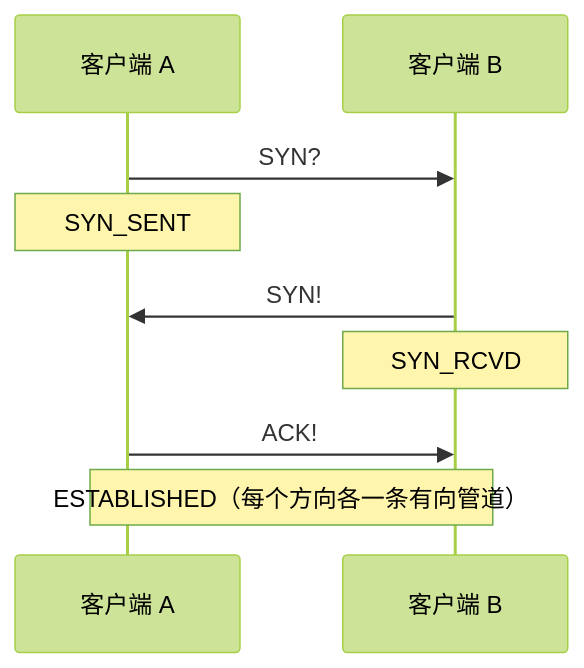
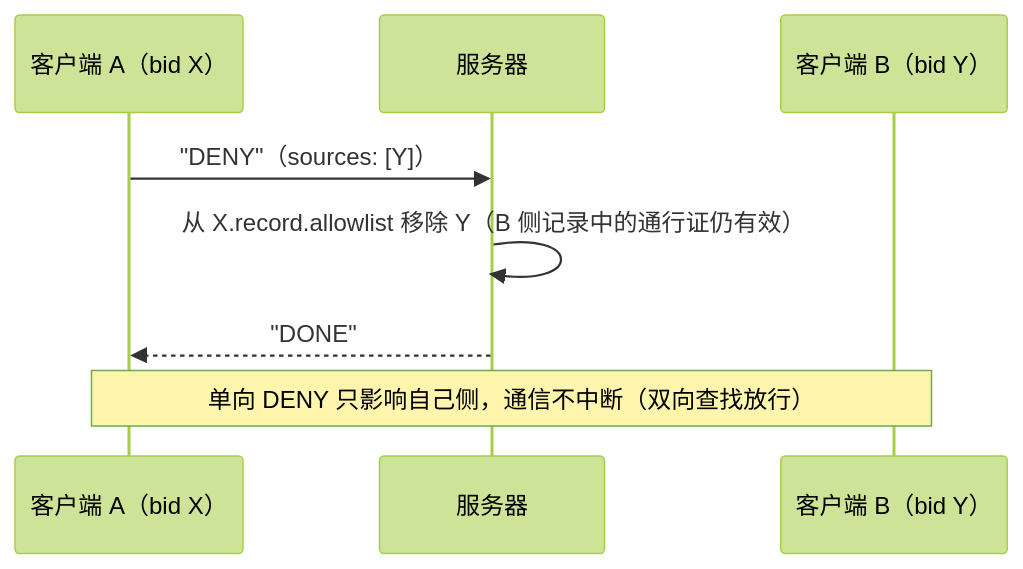
The sixth of 10 diagrams in docs/workflow.md (moky/magpie), drawn with Mermaid (forest theme) before and after one commit. The commit also changed other lines of this file and 7 other files, not shown here.

````diff
--- a/docs/workflow.md
+++ b/docs/workflow.md
@@ -64,11 +148,11 @@
 ```mermaid
 sequenceDiagram
-    participant A as 客户端 A
-    participant B as 客户端 B
-    A->>B: SYN?
-    Note over A: SYN_SENT
-    B->>A: SYN!
-    Note over B: SYN_RCVD
-    A->>B: ACK!
-    Note over A,B: ESTABLISHED（每个方向各一条有向管道）
+    participant A as 客户端 A（bid X）
+    participant S as 服务器
+    participant B as 客户端 B（bid Y）
+
+    A->>S: "DENY"（sources: [Y]）
+    S->>S: 从 X.record.allowlist 移除 Y（B 侧记录中的通行证仍有效）
+    S-->>A: "DONE"
+    Note over A,B: 单向 DENY 只影响自己侧，通信不中断（双向查找放行）
 ```
````
